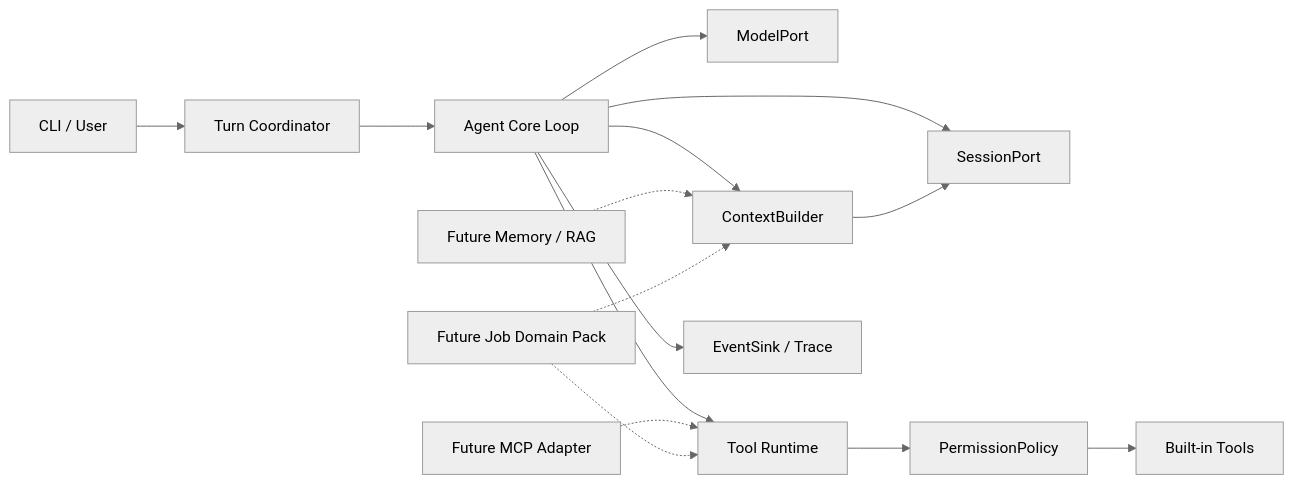
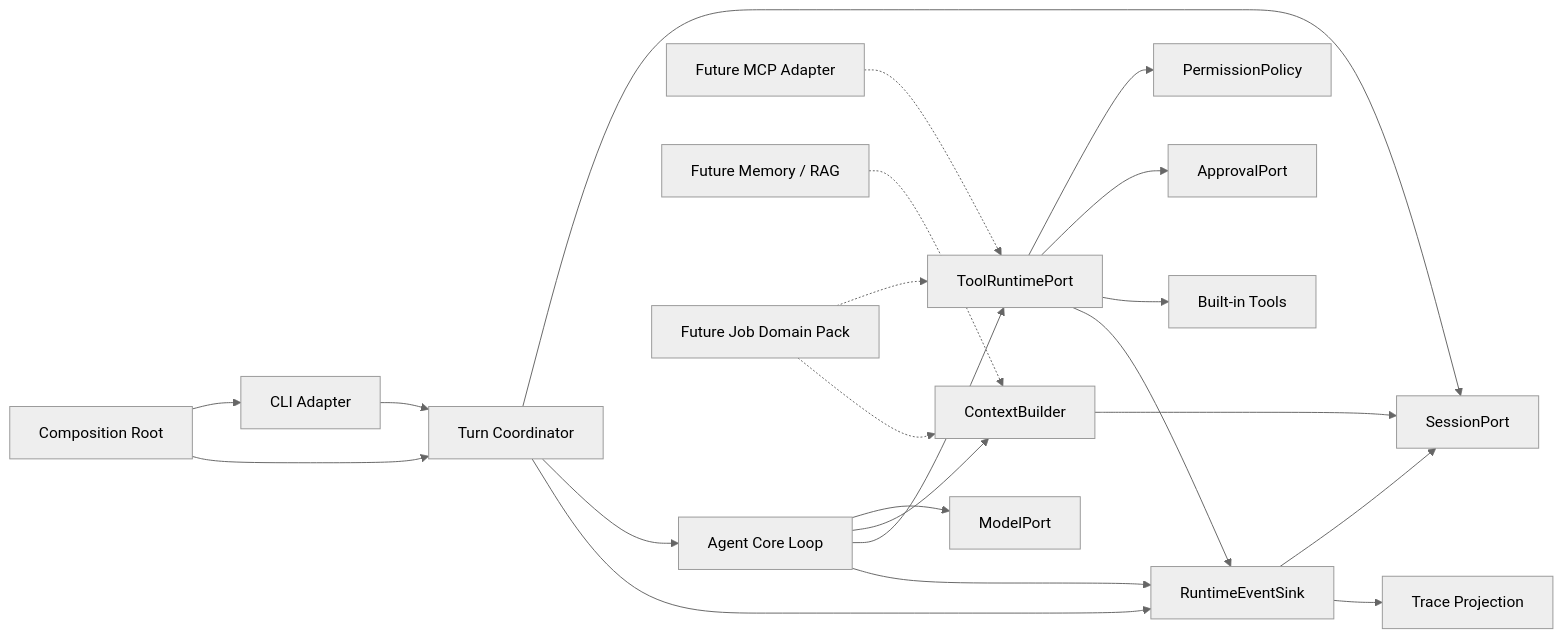
The diagram in docs/architecture/agent-runtime.md (StoicLD/JDAgent), drawn with Mermaid (neutral theme) before and after one commit. The commit also changed other lines of this file and 6 other files, not shown here.

````diff
--- a/docs/architecture/agent-runtime.md
+++ b/docs/architecture/agent-runtime.md
@@ -29,17 +29,24 @@
 ```mermaid
 flowchart LR
-    User["CLI / User"] --> Coordinator["Turn Coordinator"]
+    Root["Composition Root"] --> CLI["CLI Adapter"]
+    Root --> Coordinator["Turn Coordinator"]
+    CLI --> Coordinator
+    Coordinator --> Session["SessionPort"]
     Coordinator --> Core["Agent Core Loop"]
     Core --> Model["ModelPort"]
     Core --> Context["ContextBuilder"]
-    Core --> Tools["Tool Runtime"]
-    Core --> Session["SessionPort"]
+    Core --> Tools["ToolRuntimePort"]
     Tools --> Policy["PermissionPolicy"]
-    Policy --> Builtins["Built-in Tools"]
+    Tools --> Approval["ApprovalPort"]
+    Tools --> Builtins["Built-in Tools"]
     Context --> Session
-    Core --> Events["EventSink / Trace"]
+    Coordinator --> Events["RuntimeEventSink"]
+    Core --> Events
+    Tools --> Events
+    Events --> Session
+    Events --> Trace["Trace Projection"]
     FutureMCP["Future MCP Adapter"] -.-> Tools
     FutureMemory["Future Memory / RAG"] -.-> Context
     JobPack["Future Job Domain Pack"] -.-> Tools
     JobPack -.-> Context
 ```
````
